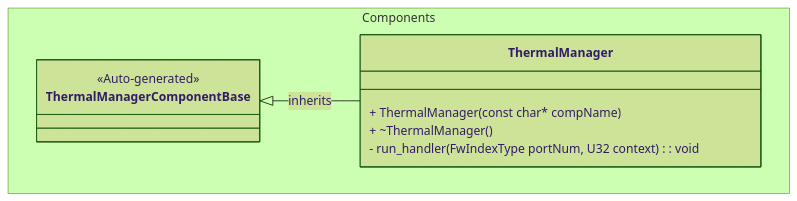
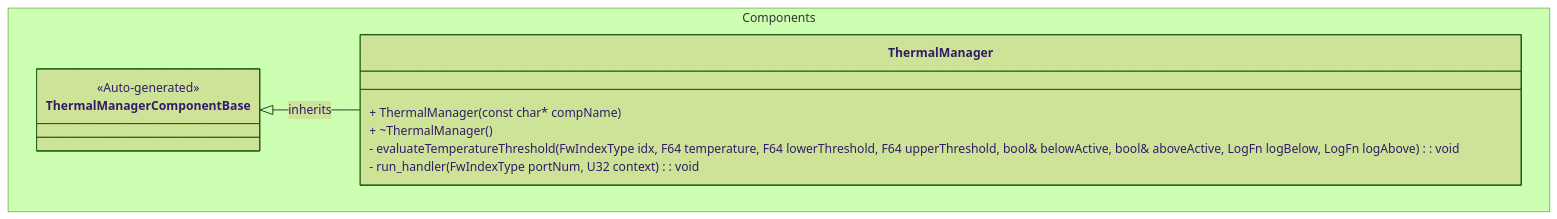
The first of 2 diagrams in PROVESFlightControllerReference/Components/ThermalManager/docs/sdd.md (Open-Source-Space-Foundation/proves-core-reference), drawn with Mermaid (forest theme) before and after one commit. The commit also changed other lines of this file, not shown here.

````diff
--- a/PROVESFlightControllerReference/Components/ThermalManager/docs/sdd.md
+++ b/PROVESFlightControllerReference/Components/ThermalManager/docs/sdd.md
@@ -21,14 +22,15 @@
 ```mermaid
 classDiagram
     namespace Components {
         class ThermalManagerComponentBase {
             <<Auto-generated>>
         }
         class ThermalManager {
             + ThermalManager(const char* compName)
             + ~ThermalManager()
+            - evaluateTemperatureThreshold(FwIndexType idx, F64 temperature, F64 lowerThreshold, F64 upperThreshold, bool& belowActive, bool& aboveActive, LogFn logBelow, LogFn logAbove): void
             - run_handler(FwIndexType portNum, U32 context): void
         }
     }
     ThermalManagerComponentBase <|-- ThermalManager : inherits
 ```
````
